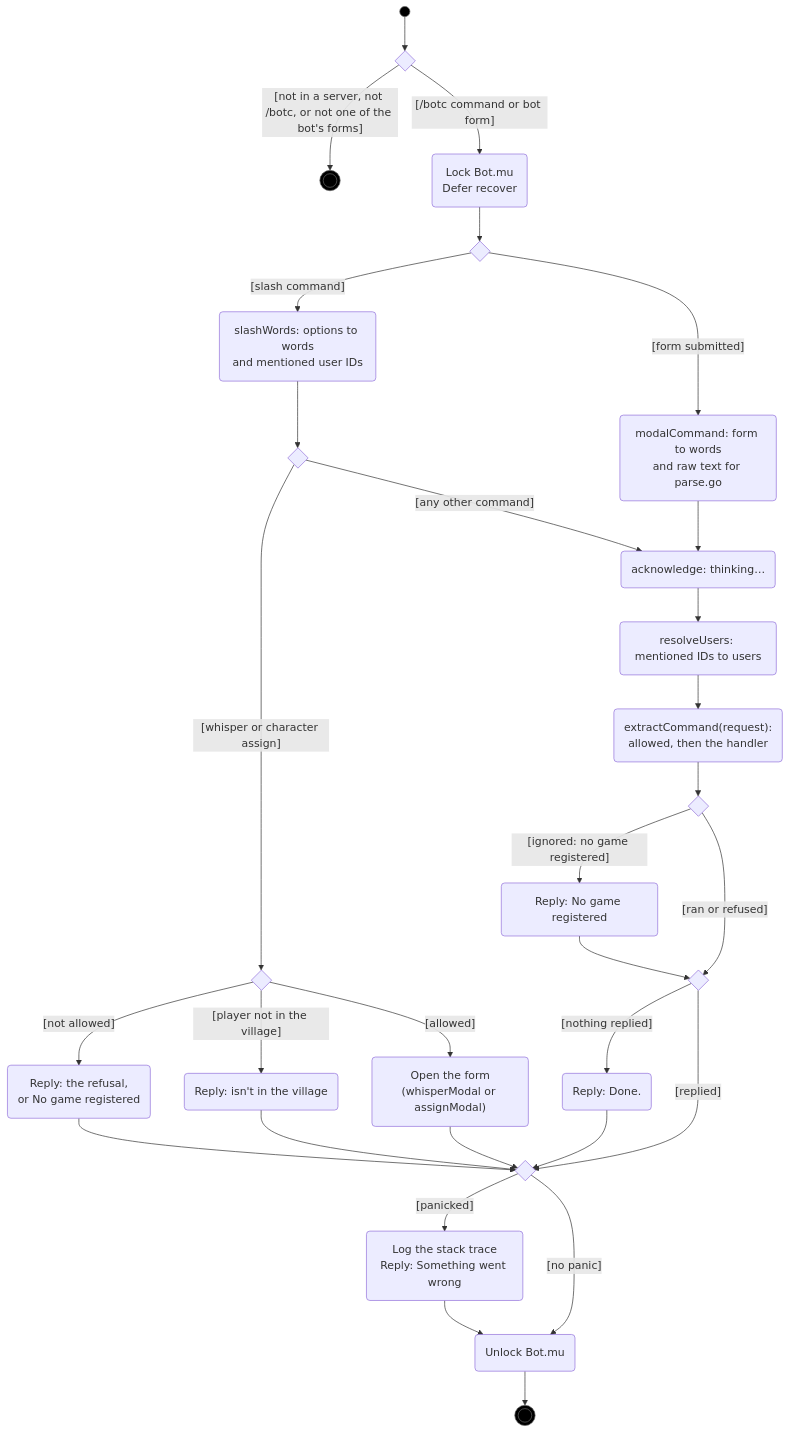
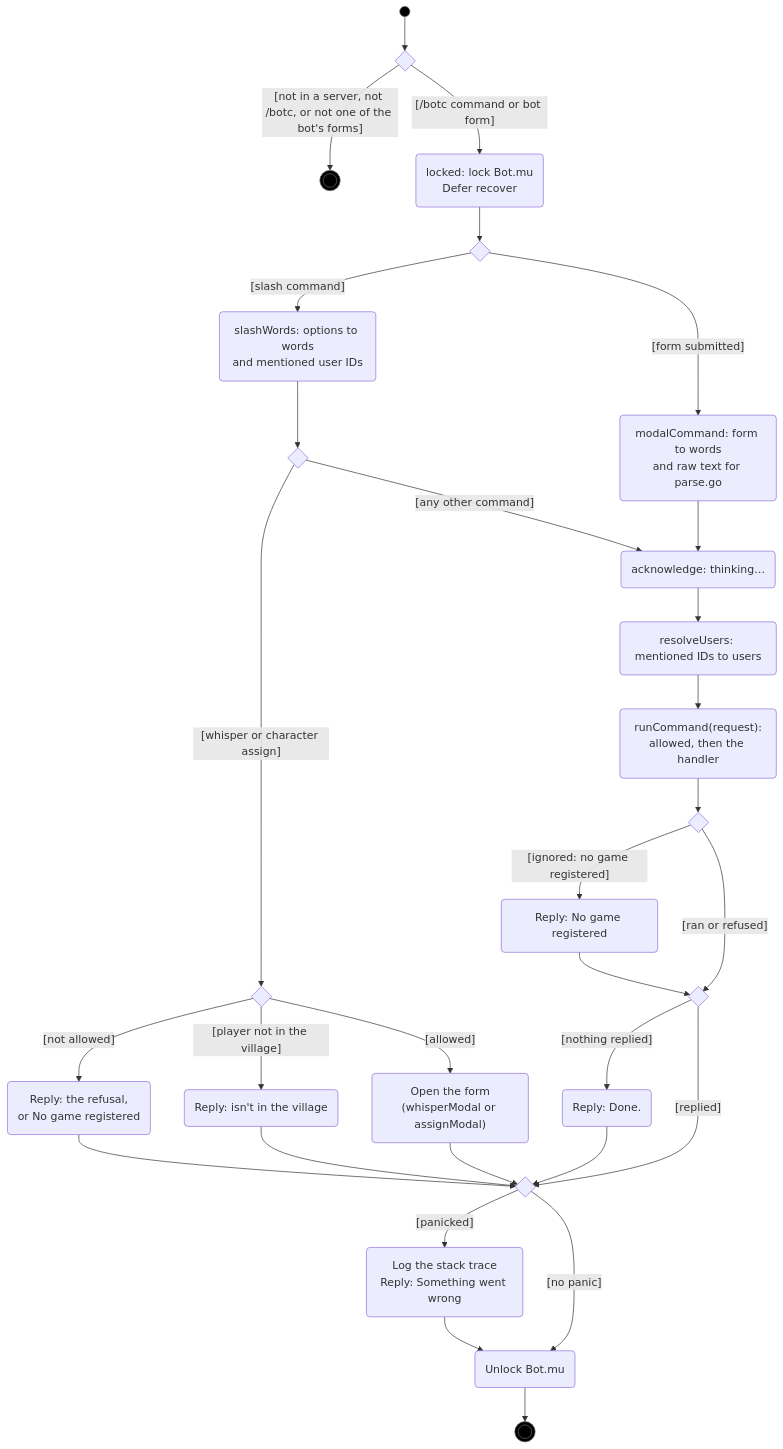
Before and after one commit to RAGNOARAKNOS/BotOnTheClocktower: the third of 6 diagrams in docs/uml/command-dispatch.md, drawn with Mermaid. The commit also changed other lines of this file and 33 other files, not shown here.

````diff
--- a/docs/uml/command-dispatch.md
+++ b/docs/uml/command-dispatch.md
@@ -98,33 +98,33 @@
 ```mermaid
 flowchart TD
     start((" ")):::initial --> d1{" "}
     d1 -->|"[not in a server, not /botc, or not one of the bot's forms]"| ignored(((" "))):::final
-    d1 -->|"[/botc command or bot form]"| lock("Lock Bot.mu<br/>Defer recover")
+    d1 -->|"[/botc command or bot form]"| lock("locked: lock Bot.mu<br/>Defer recover")
     lock --> kind{" "}
     kind -->|"[slash command]"| words("slashWords: options to words<br/>and mentioned user IDs")
     words --> form{" "}
     form -->|"[whisper or character assign]"| fok{" "}
     fok -->|"[not allowed]"| frefuse("Reply: the refusal,<br/>or No game registered")
     fok -->|"[player not in the village]"| fnot("Reply: isn't in the village")
     fok -->|"[allowed]"| open("Open the form<br/>(whisperModal or assignModal)")
     form -->|"[any other command]"| ack("acknowledge: thinking…")
     kind -->|"[form submitted]"| mc("modalCommand: form to words<br/>and raw text for parse.go")
     mc --> ack
     ack --> resolve("resolveUsers: mentioned IDs to users")
-    resolve --> ext("extractCommand(request):<br/>allowed, then the handler")
+    resolve --> ext("runCommand(request):<br/>allowed, then the handler")
     ext --> d3{" "}
     d3 -->|"[ignored: no game registered]"| nogame("Reply: No game registered")
     d3 -->|"[ran or refused]"| d4{" "}
     nogame --> d4
     d4 -->|"[nothing replied]"| doneReply("Reply: Done.")
     d4 -->|"[replied]"| merged{" "}
     doneReply --> merged
     frefuse & fnot & open --> merged
     merged -->|"[panicked]"| rec("Log the stack trace<br/>Reply: Something went wrong")
     merged -->|"[no panic]"| unlock("Unlock Bot.mu")
     rec --> unlock
     unlock --> done(((" "))):::final
 
     classDef initial fill:#000,stroke:#666
     classDef final fill:#000,stroke:#666
 ```
````
